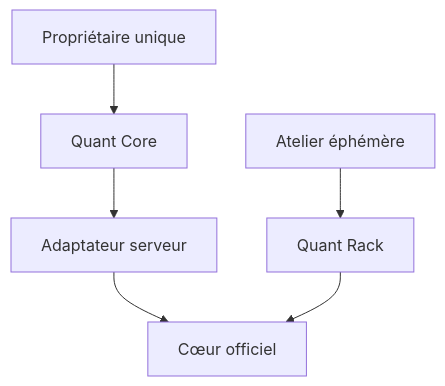
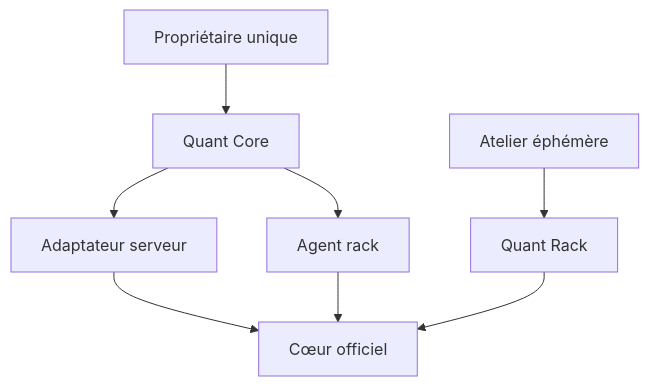
The diagram in ARCHITECTURE.md (propann/freqtrade), drawn with Mermaid before and after one commit. The commit also changed other lines of this file and 12 other files, not shown here.

````diff
--- a/ARCHITECTURE.md
+++ b/ARCHITECTURE.md
@@ -5,8 +5,10 @@
 ```mermaid
 flowchart TD
   U[Propriétaire unique] --> C[Quant Core]
   C --> A[Adaptateur serveur]
   A --> F[Cœur officiel]
+  C --> G[Agent rack]
+  G --> F
   R[Quant Rack] --> F
   L[Atelier éphémère] --> R
 ```
````
